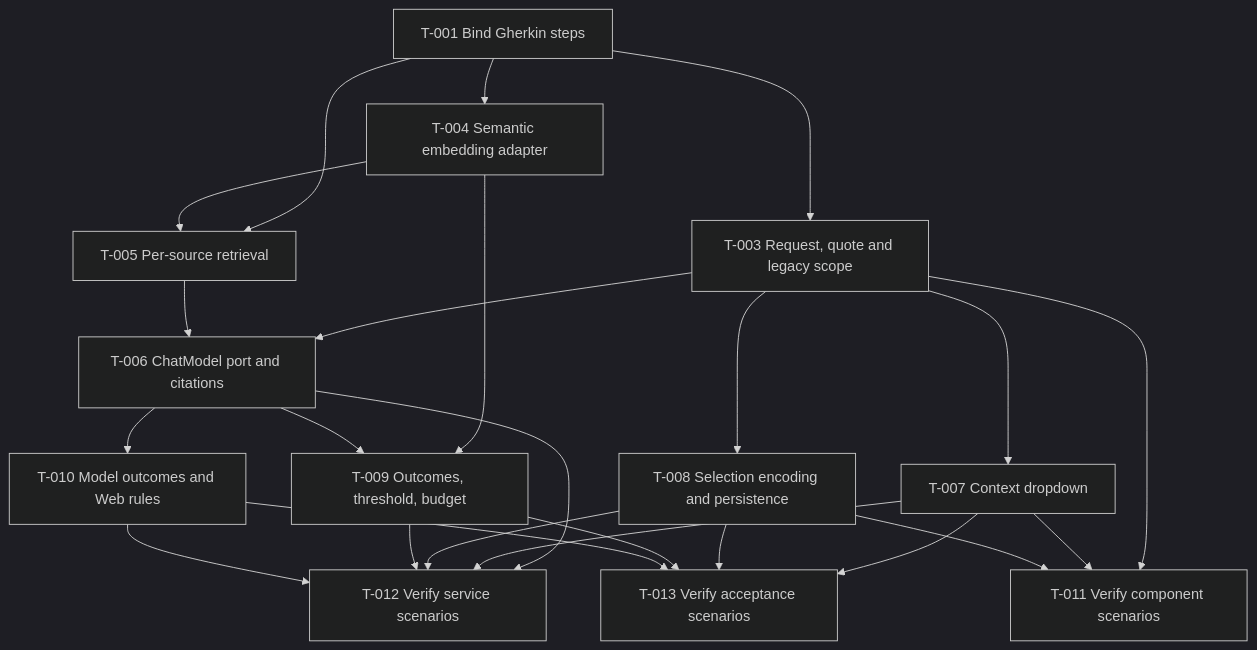
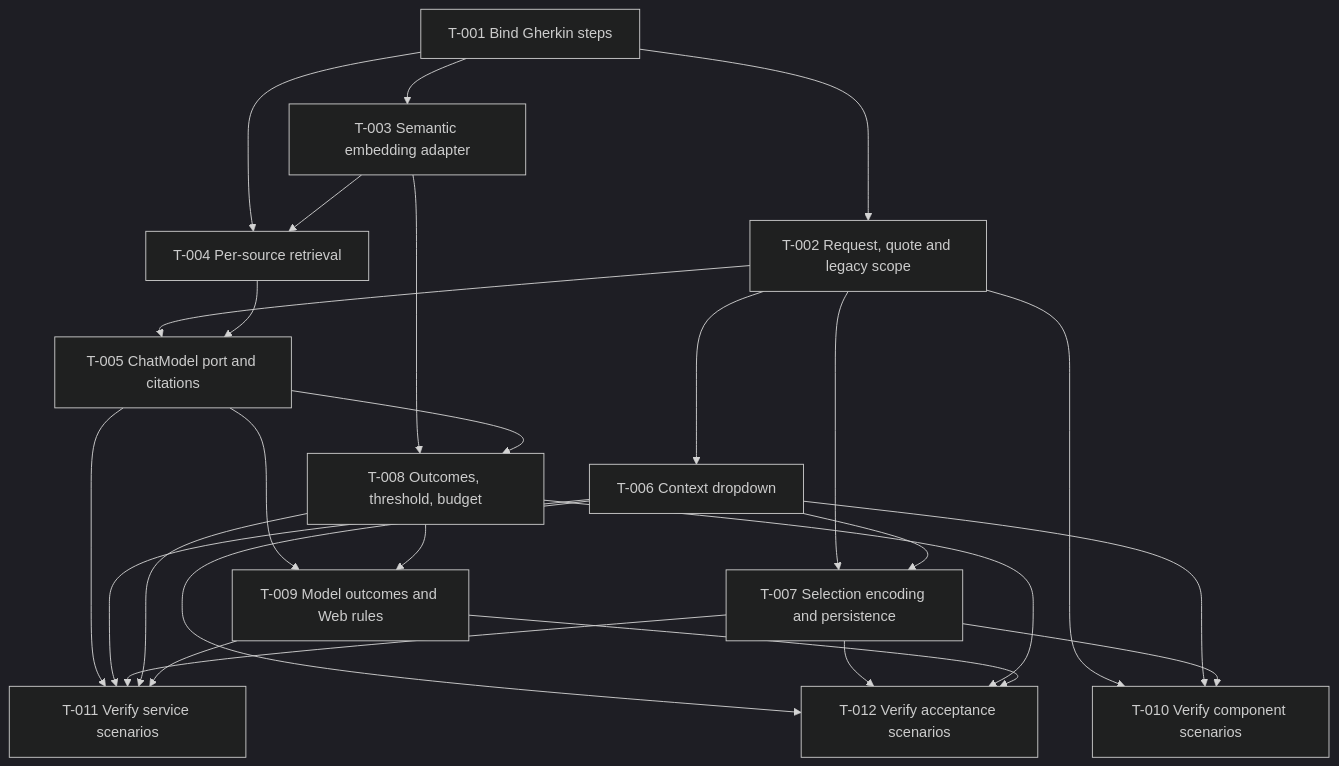
The diagram in specs/assistant/combined_context/tasks.md (b-chua-student/theseus), drawn with Mermaid (dark theme) before and after one commit. The commit also changed other lines of this file and 3 other files, not shown here.

````diff
--- a/specs/assistant/combined_context/tasks.md
+++ b/specs/assistant/combined_context/tasks.md
@@ -7,38 +7,40 @@
 ```mermaid
 flowchart TD
     T001["T-001 Bind Gherkin steps"]
-    T003["T-003 Request, quote and legacy scope"]
-    T004["T-004 Semantic embedding adapter"]
-    T005["T-005 Per-source retrieval"]
-    T006["T-006 ChatModel port and citations"]
-    T007["T-007 Context dropdown"]
-    T008["T-008 Selection encoding and persistence"]
-    T009["T-009 Outcomes, threshold, budget"]
-    T010["T-010 Model outcomes and Web rules"]
-    T011["T-011 Verify component scenarios"]
-    T012["T-012 Verify service scenarios"]
-    T013["T-013 Verify acceptance scenarios"]
+    T002["T-002 Request, quote and legacy scope"]
+    T003["T-003 Semantic embedding adapter"]
+    T004["T-004 Per-source retrieval"]
+    T005["T-005 ChatModel port and citations"]
+    T006["T-006 Context dropdown"]
+    T007["T-007 Selection encoding and persistence"]
+    T008["T-008 Outcomes, threshold, budget"]
+    T009["T-009 Model outcomes and Web rules"]
+    T010["T-010 Verify component scenarios"]
+    T011["T-011 Verify service scenarios"]
+    T012["T-012 Verify acceptance scenarios"]
+    T001 --> T002
     T001 --> T003
     T001 --> T004
-    T001 --> T005
+    T003 --> T004
+    T002 --> T005
     T004 --> T005
-    T003 --> T006
-    T005 --> T006
-    T003 --> T007
+    T002 --> T006
+    T002 --> T007
+    T006 --> T007
     T003 --> T008
-    T004 --> T009
-    T006 --> T009
+    T005 --> T008
+    T005 --> T009
+    T008 --> T009
+    T002 --> T010
     T006 --> T010
-    T003 --> T011
+    T007 --> T010
+    T005 --> T011
+    T006 --> T011
     T007 --> T011
     T008 --> T011
+    T009 --> T011
     T006 --> T012
     T007 --> T012
     T008 --> T012
     T009 --> T012
-    T010 --> T012
-    T007 --> T013
-    T008 --> T013
-    T009 --> T013
-    T010 --> T013
 ```
````
